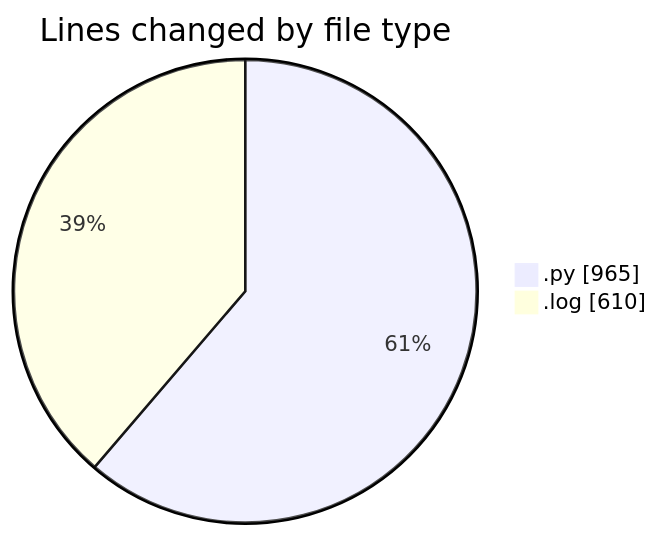
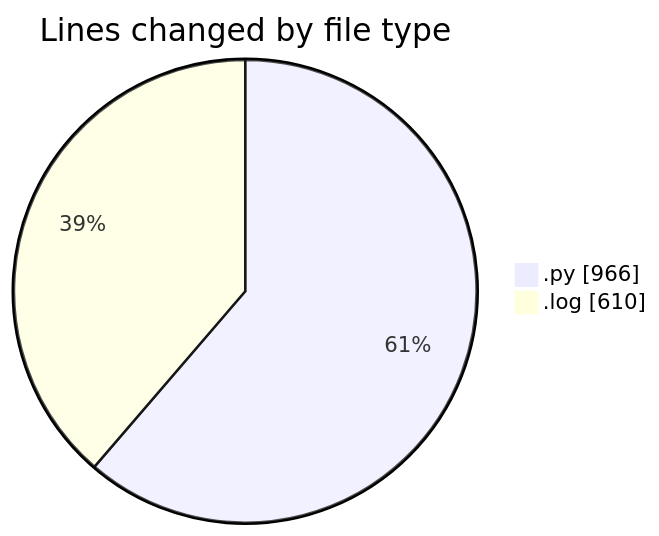
Before and after one commit to momahboobian/code-tracking: the first of 2 diagrams in 2025-05-07/samplepdf/README.md, drawn with Mermaid. The commit also changed other lines of this file and 1 other file, not shown here.

````diff
--- a/2025-05-07/samplepdf/README.md
+++ b/2025-05-07/samplepdf/README.md
@@ -29,6 +29,6 @@
 ```mermaid
 pie showData
 title Lines changed by file type
-".py" : 965
+".py" : 966
 ".log" : 610
 ```
````
